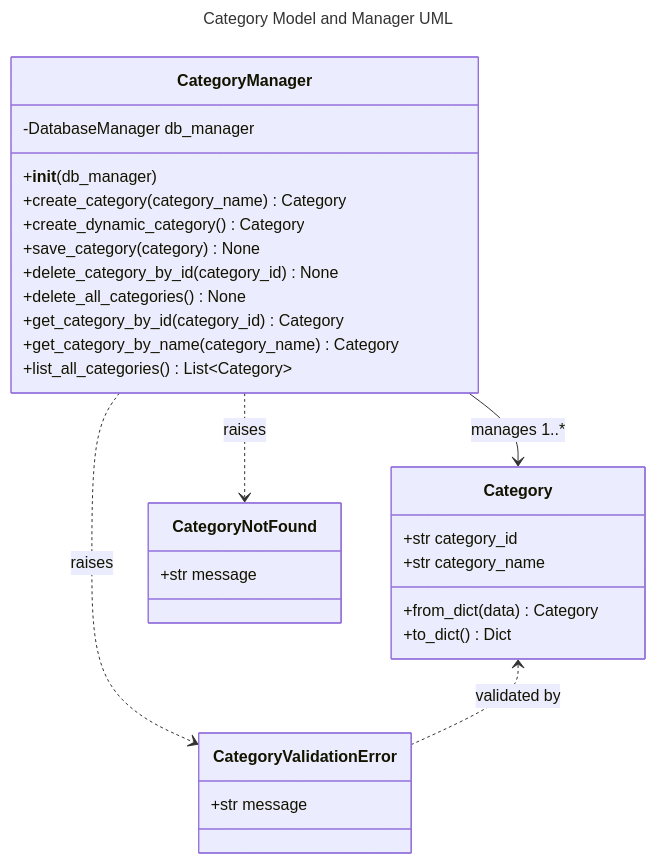
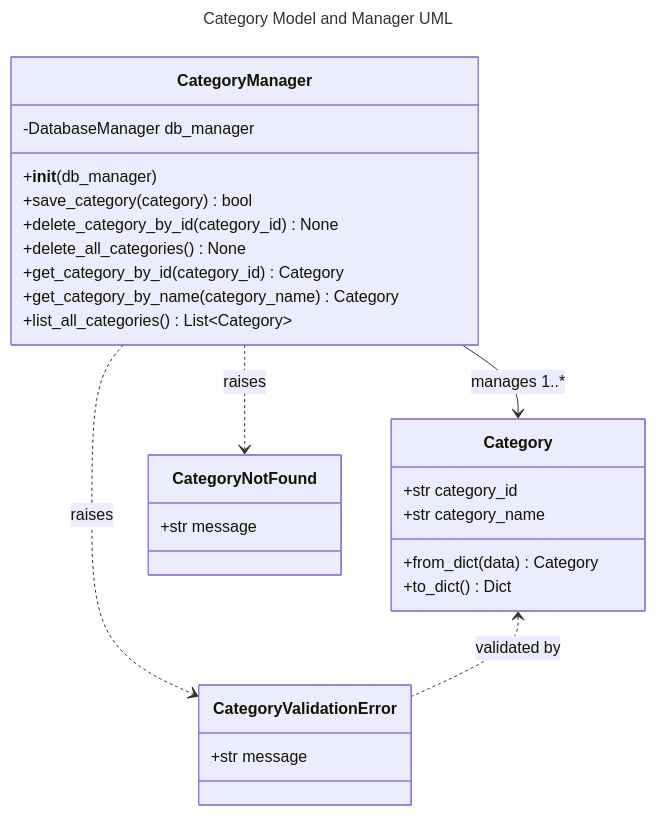
The diagram in Prompts/Category.md (SeanAdams10/AITypingTrainer), drawn with Mermaid before and after one commit. The commit also changed 17 other files, not shown here.

````diff
--- a/Prompts/Category.md
+++ b/Prompts/Category.md
@@ -78,35 +78,33 @@
 ```mermaid
 ---
 title: Category Model and Manager UML
 ---
 classDiagram
     class Category {
         +str category_id
         +str category_name
         +from_dict(data) Category
         +to_dict() Dict
     }
     class CategoryManager {
         -DatabaseManager db_manager
         +__init__(db_manager)
-        +create_category(category_name) Category
-        +create_dynamic_category() Category
-        +save_category(category) None
+        +save_category(category) bool
         +delete_category_by_id(category_id) None
         +delete_all_categories() None
         +get_category_by_id(category_id) Category
         +get_category_by_name(category_name) Category
         +list_all_categories() List~Category~
     }
     class CategoryValidationError {
         +str message
     }
     class CategoryNotFound {
         +str message
     }
     CategoryManager --> Category : manages 1..*
     CategoryManager ..> CategoryValidationError : raises
     CategoryManager ..> CategoryNotFound : raises
     Category <.. CategoryValidationError : validated by
     %% Test classes are not included in the main diagram, but test coverage is implied.
 ```
````
